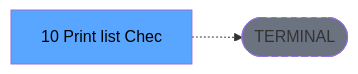
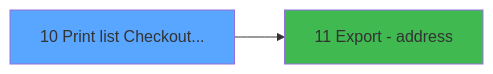
One commit to thonyAGP/magic-migration changed the third of 3 diagrams in .openspec/specs/ADH-IDE-10.md. Above: the diagram before and after it, drawn with Mermaid. The commit also changed other lines of this file and 253 other files, not shown here.

````diff
--- a/.openspec/specs/ADH-IDE-10.md
+++ b/.openspec/specs/ADH-IDE-10.md
@@ -134,8 +285,8 @@
 ```mermaid
 graph LR
-    T[10 Print list Chec]
-    TERM([TERMINAL])
-    T -.-> TERM
-    style TERM fill:#6b7280,stroke-dasharray: 5 5
-    style T fill:#58a6ff,color:#000
+    T10[10 Print list Checkout...]
+    style T10 fill:#58a6ff
+    C11[11 Export - address]
+    T10 --> C11
+    style C11 fill:#3fb950
 ```
````
